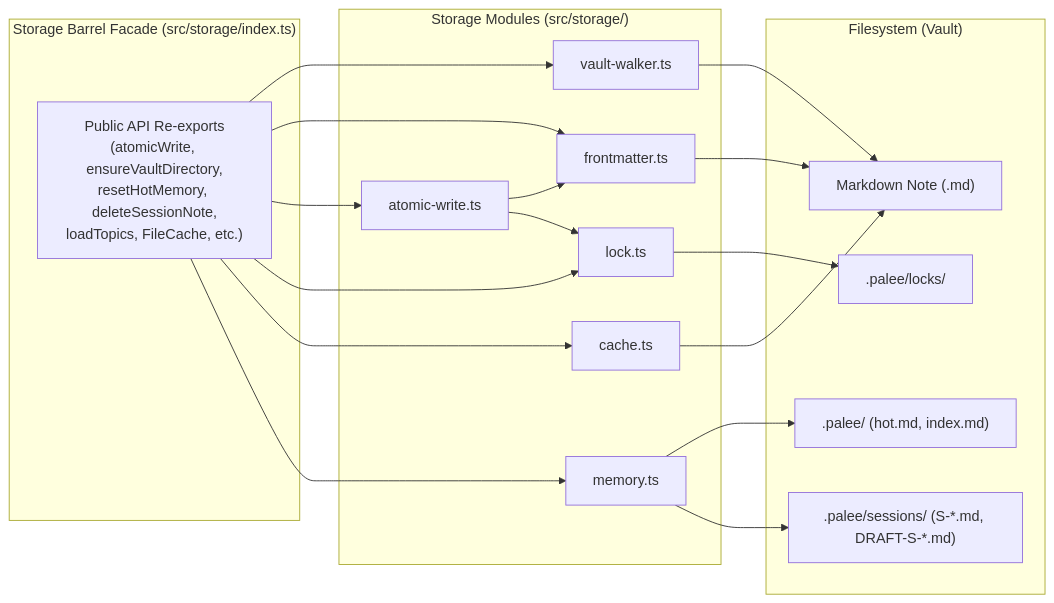
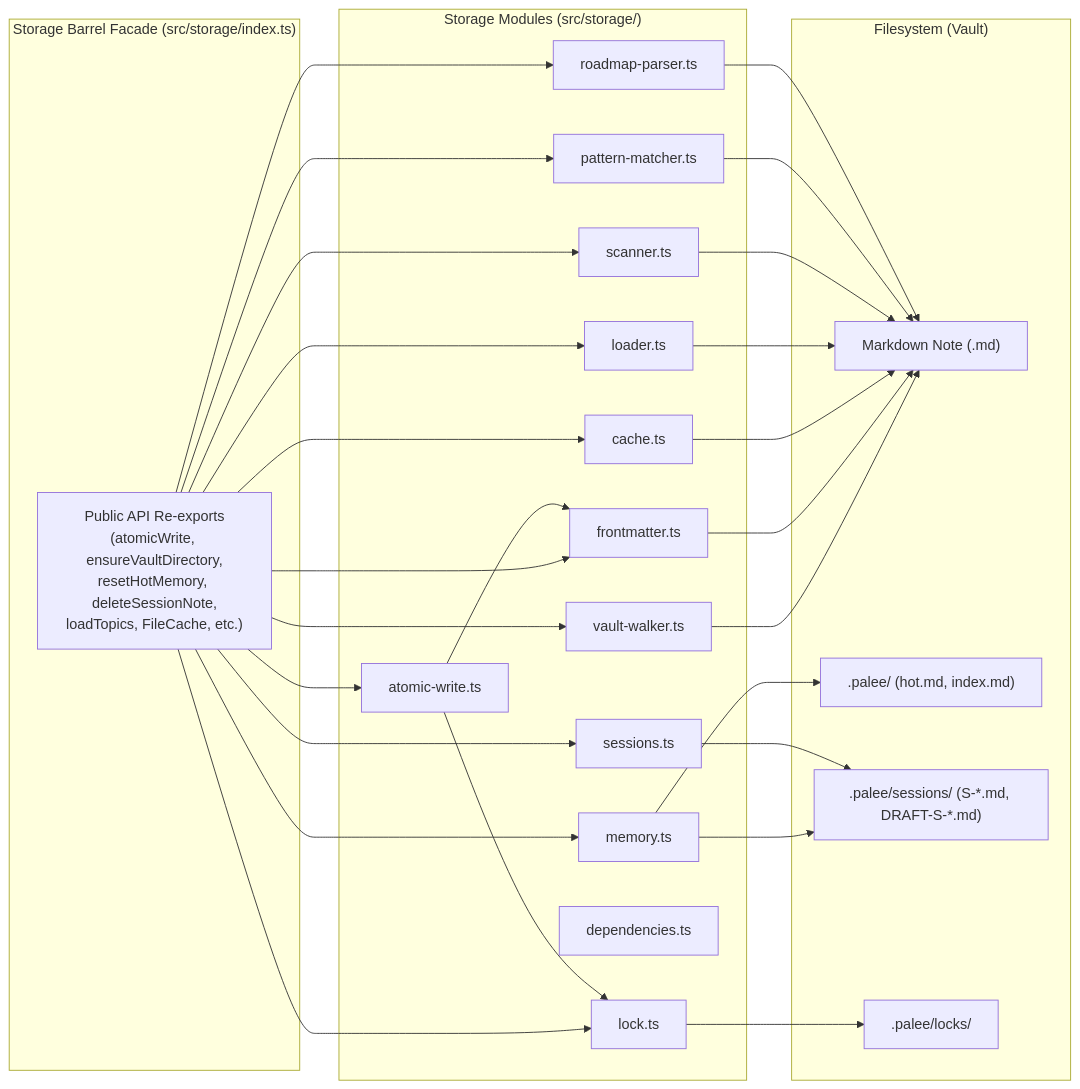
The first of 2 diagrams in docs/04-0-storage-layer.md (Kuldeep2822k/cli), drawn with Mermaid before and after one commit. The commit also changed 22 other files, not shown here.

First line of the commit message:
docs: resolve documentation audit drift, navigation gaps, and diagram layouts (#189)

````diff
--- a/docs/04-0-storage-layer.md
+++ b/docs/04-0-storage-layer.md
@@ -36,29 +36,40 @@
 ```mermaid
 flowchart LR
     subgraph subGraphFacade ["Storage Barrel Facade (src/storage/index.ts)"]
         Facade["Public API Re-exports<br/>(atomicWrite, ensureVaultDirectory,<br/>resetHotMemory, deleteSessionNote,<br/>loadTopics, FileCache, etc.)"]
     end
     subgraph subGraph1 ["Storage Modules (src/storage/)"]
         VW["vault-walker.ts"]
         FM["frontmatter.ts"]
         AW["atomic-write.ts"]
         LC["lock.ts"]
         CH["cache.ts"]
         MEM["memory.ts"]
+        LD["loader.ts"]
+        SC["scanner.ts"]
+        PM["pattern-matcher.ts"]
+        RP["roadmap-parser.ts"]
+        DP["dependencies.ts"]
+        SS["sessions.ts"]
     end
     subgraph subGraph0 ["Filesystem (Vault)"]
         Note["Markdown Note (.md)"]
         PaleeDir[".palee/ (hot.md, index.md)"]
         SessionsDir[".palee/sessions/ (S-*.md, DRAFT-S-*.md)"]
         LockDir[".palee/locks/"]
     end
     
-    Facade --> VW & FM & AW & LC & CH & MEM
+    Facade --> VW & FM & AW & LC & CH & MEM & LD & SC & PM & RP & SS
     VW --> Note
     FM --> Note
     AW --> FM
     AW --> LC
     LC --> LockDir
     CH --> Note
     MEM --> PaleeDir & SessionsDir
+    LD --> Note
+    SC --> Note
+    PM --> Note
+    RP --> Note
+    SS --> SessionsDir
 ```
````
